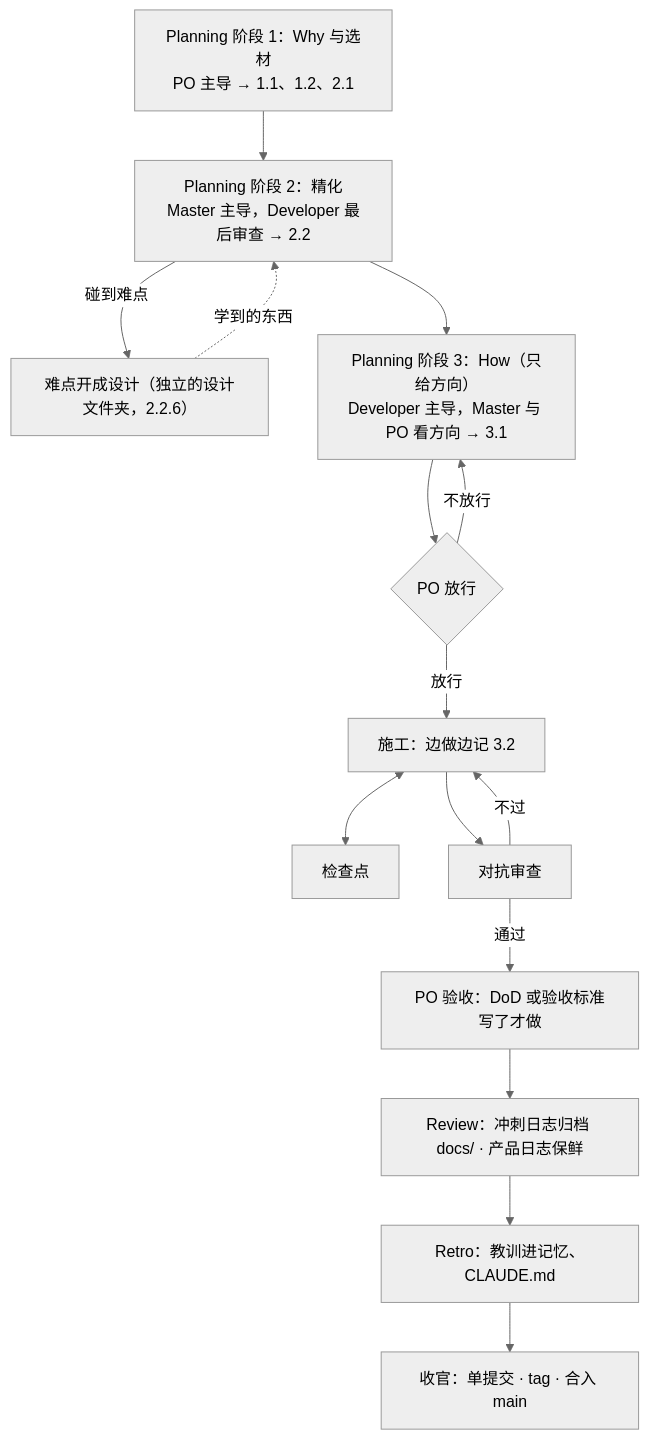
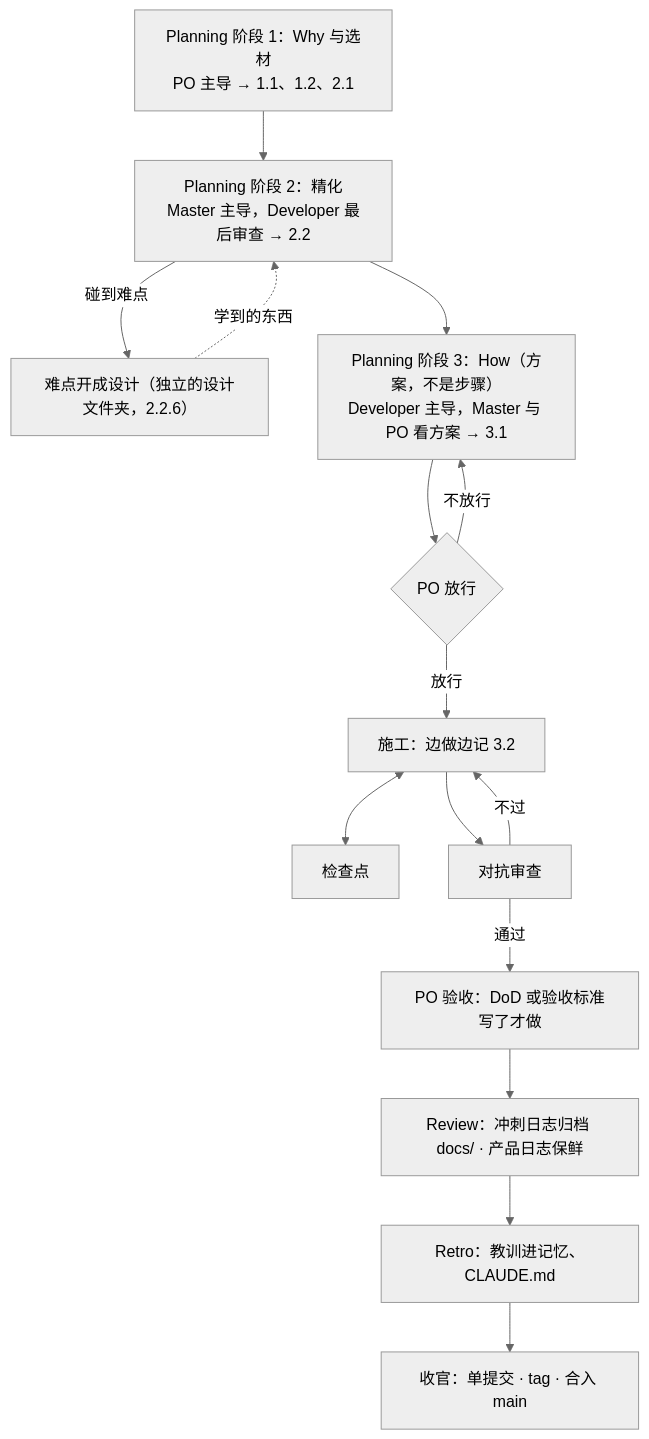
One commit to seapawn1/IDEO-Scrum changed the third of 3 diagrams in scrum/ProductBacklog.md. Above: the diagram before and after it, drawn with Mermaid (neutral theme). The commit also changed other lines of this file and 2 other files, not shown here.

First line of the commit message:
docs: Sprint 10 结构稿第二版——How 是方案、目标不变其余可调、约定不写工具机制

````diff
--- a/scrum/ProductBacklog.md
+++ b/scrum/ProductBacklog.md
@@ -198,17 +198,17 @@
 ```mermaid
 flowchart TD
     S1["Planning 阶段 1：Why 与选材<br/>PO 主导 → 1.1、1.2、2.1"] --> S2["Planning 阶段 2：精化<br/>Master 主导，Developer 最后审查 → 2.2"]
     S2 -- "碰到难点" --> T["难点开成设计（独立的设计文件夹，2.2.6）"]
     T -. "学到的东西" .-> S2
-    S2 --> S3["Planning 阶段 3：How（只给方向）<br/>Developer 主导，Master 与 PO 看方向 → 3.1"]
+    S2 --> S3["Planning 阶段 3：How（方案，不是步骤）<br/>Developer 主导，Master 与 PO 看方案 → 3.1"]
     S3 --> G{"PO 放行"}
     G -- "不放行" --> S3
     G -- "放行" --> C["施工：边做边记 3.2"]
     C <--> K["检查点"]
     C --> A["对抗审查"]
     A -- "不过" --> C
     A -- "通过" --> V["PO 验收：DoD 或验收标准写了才做"]
     V --> RV["Review：冲刺日志归档 docs/ · 产品日志保鲜"]
     RV --> RT["Retro：教训进记忆、CLAUDE.md"]
     RT --> CL["收官：单提交 · tag · 合入 main"]
 ```
````
